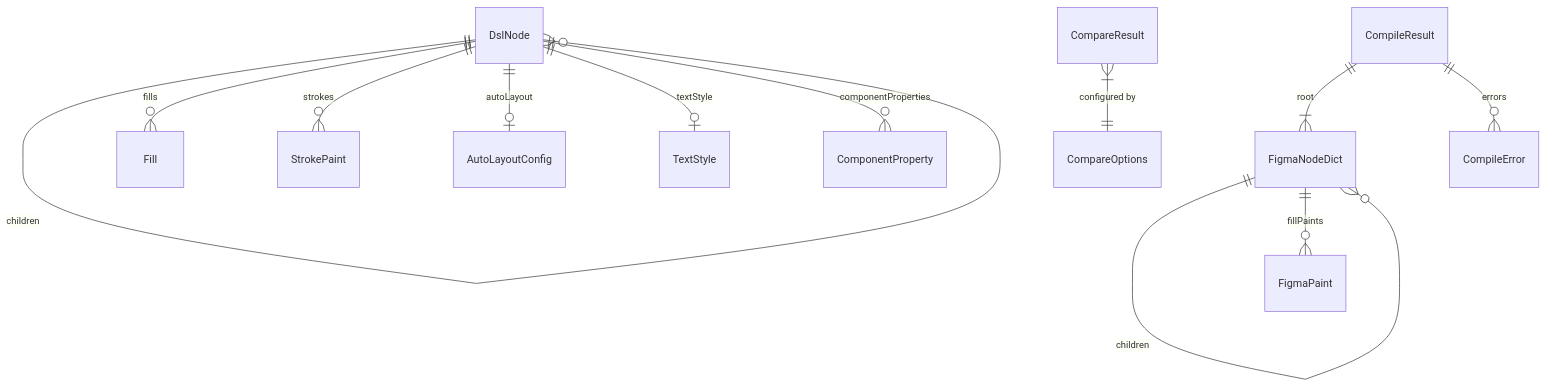
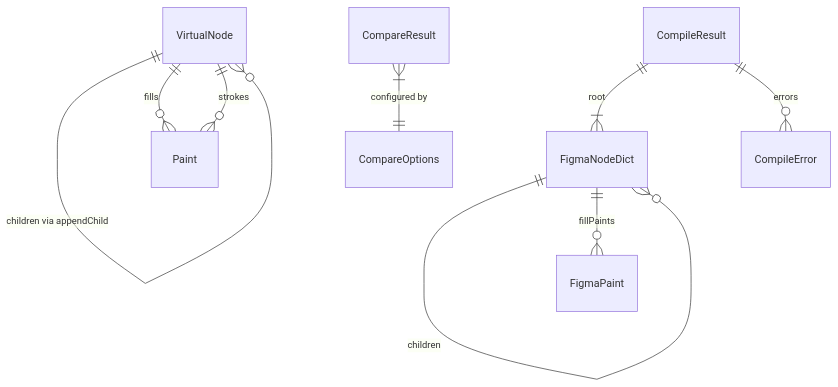
One commit to TETRA2000/figma-component-dsl changed the fifth of 5 diagrams in .kiro/specs/figma-component-dsl/design.md. Above: the diagram before and after it, drawn with Mermaid. The commit also changed other lines of this file and 2 other files, not shown here.

First line of the commit message:
Regenerate design: adapter pattern for DSL-as-Plugin-API-code + AI skill

````diff
--- a/.kiro/specs/figma-component-dsl/design.md
+++ b/.kiro/specs/figma-component-dsl/design.md
@@ -913,17 +834,14 @@
 ```mermaid
 erDiagram
-    DslNode ||--o{ DslNode : "children"
-    DslNode ||--o{ Fill : "fills"
-    DslNode ||--o{ StrokePaint : "strokes"
-    DslNode ||--o| AutoLayoutConfig : "autoLayout"
-    DslNode ||--o| TextStyle : "textStyle"
-    DslNode ||--o{ ComponentProperty : "componentProperties"
+    VirtualNode ||--o{ VirtualNode : "children via appendChild"
+    VirtualNode ||--o{ Paint : "fills"
+    VirtualNode ||--o{ Paint : "strokes"
 
     FigmaNodeDict ||--o{ FigmaNodeDict : "children"
     FigmaNodeDict ||--o{ FigmaPaint : "fillPaints"
 
     CompileResult ||--|{ FigmaNodeDict : "root"
     CompileResult ||--o{ CompileError : "errors"
 
     CompareResult }|--|| CompareOptions : "configured by"
 ```
````
